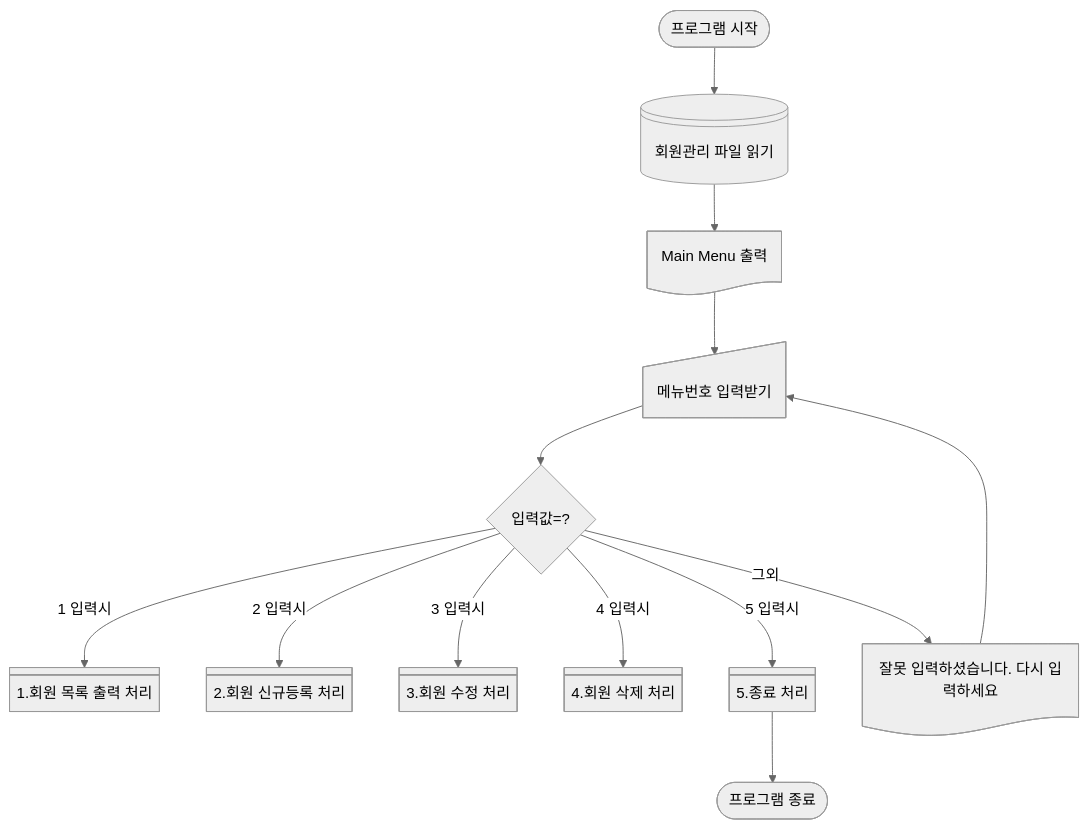
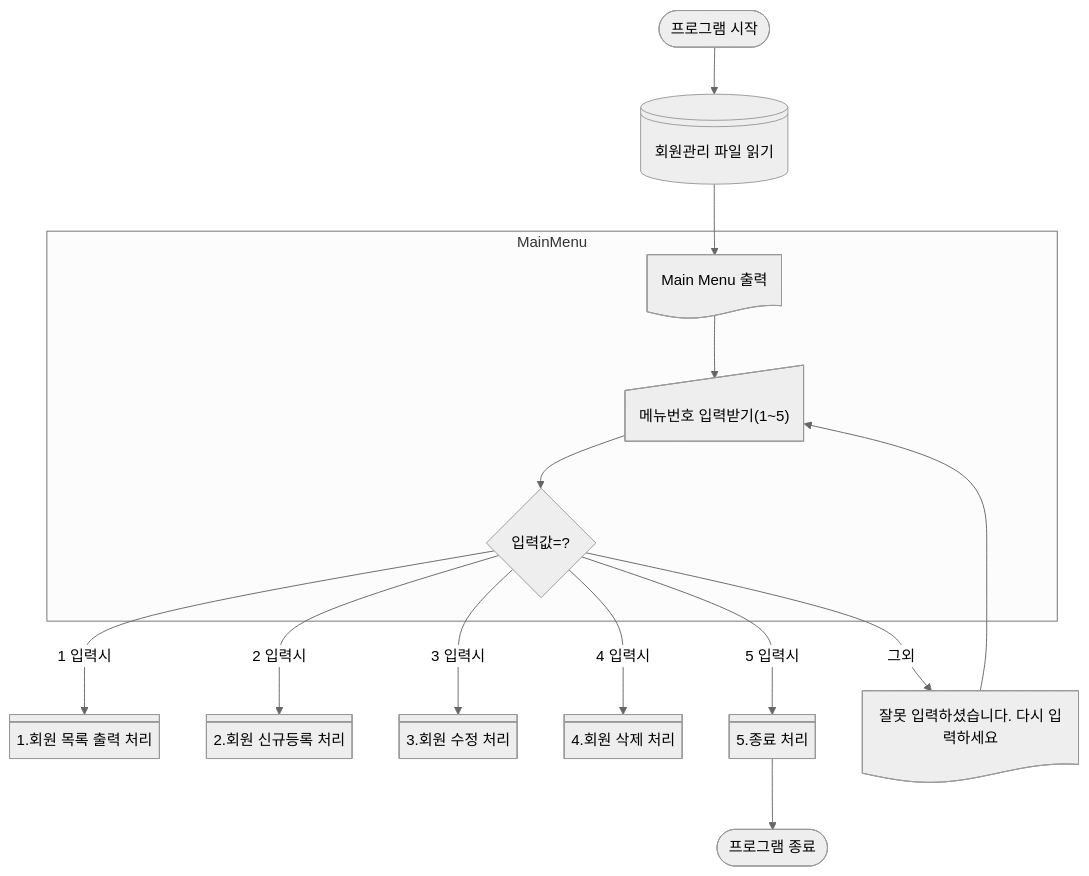
The diagram in docs/1stSubject_flowchart00_start.md (Happy-o3ov/big20-python-project1-team3), drawn with Mermaid (neutral theme) before and after one commit. The commit also changed 11 other files, not shown here.

Commit message:
flowchart make up

````diff
--- a/docs/1stSubject_flowchart00_start.md
+++ b/docs/1stSubject_flowchart00_start.md
@@ -2,16 +2,18 @@
 ```mermaid
 graph TD
     %% 프로그램 시작 및 메뉴
     start([프로그램 시작]) --> readFile@{ shape: lin-cyl, label: "회원관리 파일 읽기"};
-    readFile --> MainMenu@{ shape: doc, label: "Main Menu 출력"};
-    MainMenu --> MenuNo@{ shape: manual-input, label: "메뉴번호 입력받기" }
-    MenuNo --> MenuNoValidation{입력값=?}
+    readFile --> MainMenu
+    subgraph MainMenu    
+        MainMenu@{ shape: doc, label: "Main Menu 출력"} --> MenuNo@{ shape: manual-input, label: "메뉴번호 입력받기(1~5)" }
+        MenuNo --> MenuNoValidation{입력값=?}
+    end        
     MenuNoValidation -- 1 입력시 --> List@{ shape: div-rect, label: "1.회원 목록 출력 처리"};
     MenuNoValidation -- 2 입력시 --> Add@{ shape: div-rect, label: "2.회원 신규등록 처리"};
     MenuNoValidation -- 3 입력시 --> Update@{ shape: div-rect, label: "3.회원 수정 처리"};
     MenuNoValidation -- 4 입력시 --> Remove@{ shape: div-rect, label: "4.회원 삭제 처리"};
     MenuNoValidation -- 5 입력시 --> Finish@{ shape: div-rect, label: "5.종료 처리"};
         Finish --> END([프로그램 종료])
     MenuNoValidation --> | 그외 | errorInputPrint@{ shape: doc, label: "잘못 입력하셨습니다. 다시 입력하세요"};
     errorInputPrint --> MenuNo
 ```
````
